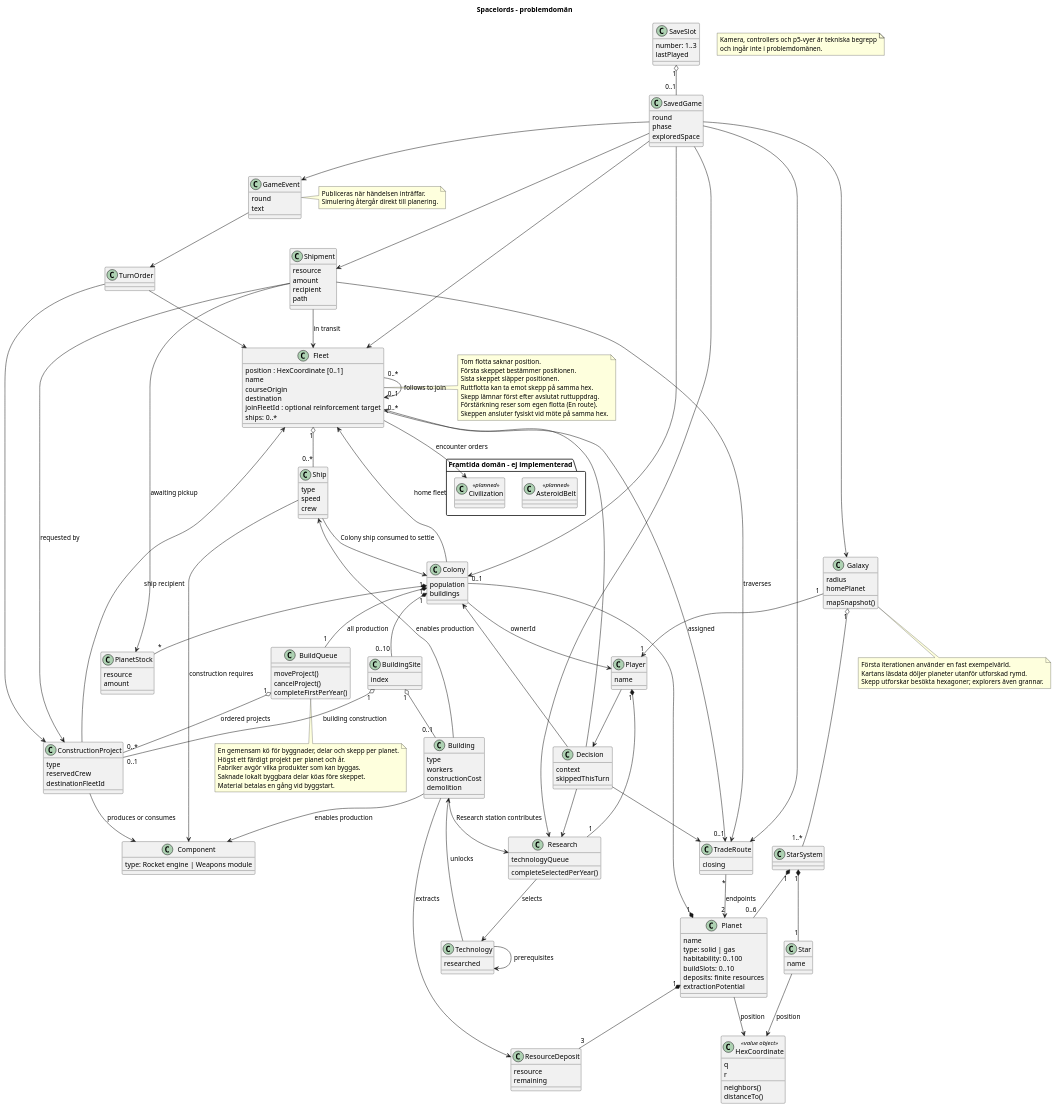
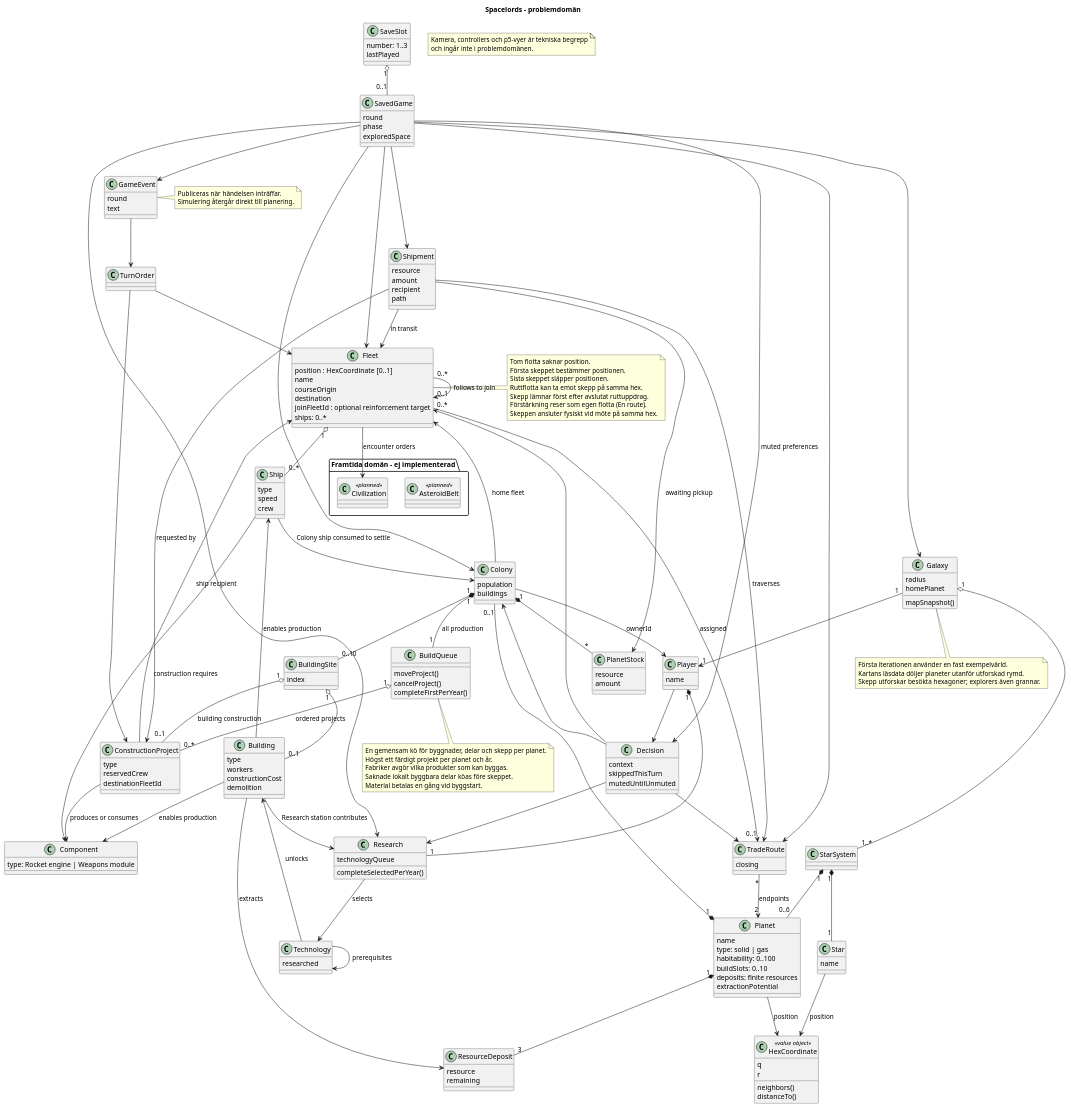
The diagram in docs/domain-model.puml (dntoll/spacelords), drawn with PlantUML before and after one commit. The commit also changed 11 other files, not shown here.

```diff
--- a/docs/domain-model.puml
+++ b/docs/domain-model.puml
@@ -166,6 +166,7 @@
 class Decision {
   context
   skippedThisTurn
+  mutedUntilUnmuted
 }
 Planet "1" *-- "3" ResourceDeposit
 Colony "1" *-- "*" PlanetStock
@@ -178,6 +179,7 @@
 Shipment --> ConstructionProject : requested by
 Shipment --> TradeRoute : traverses
 Player --> Decision
+SavedGame --> Decision : muted preferences
 Decision --> Colony
 Decision --> Fleet
 Decision --> Research
```
